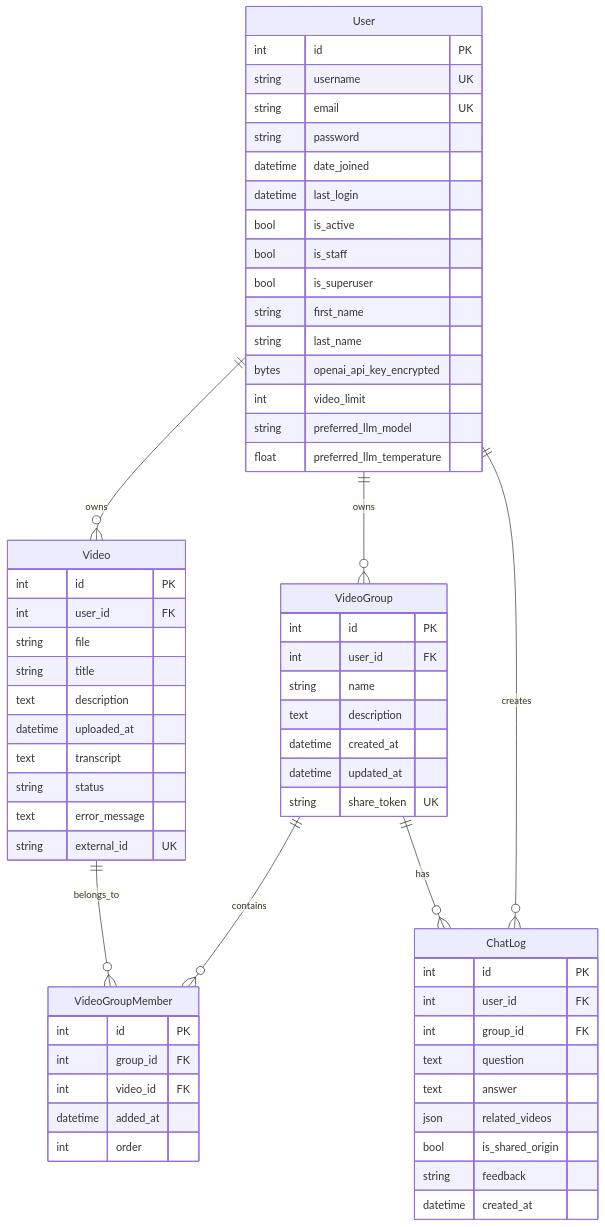
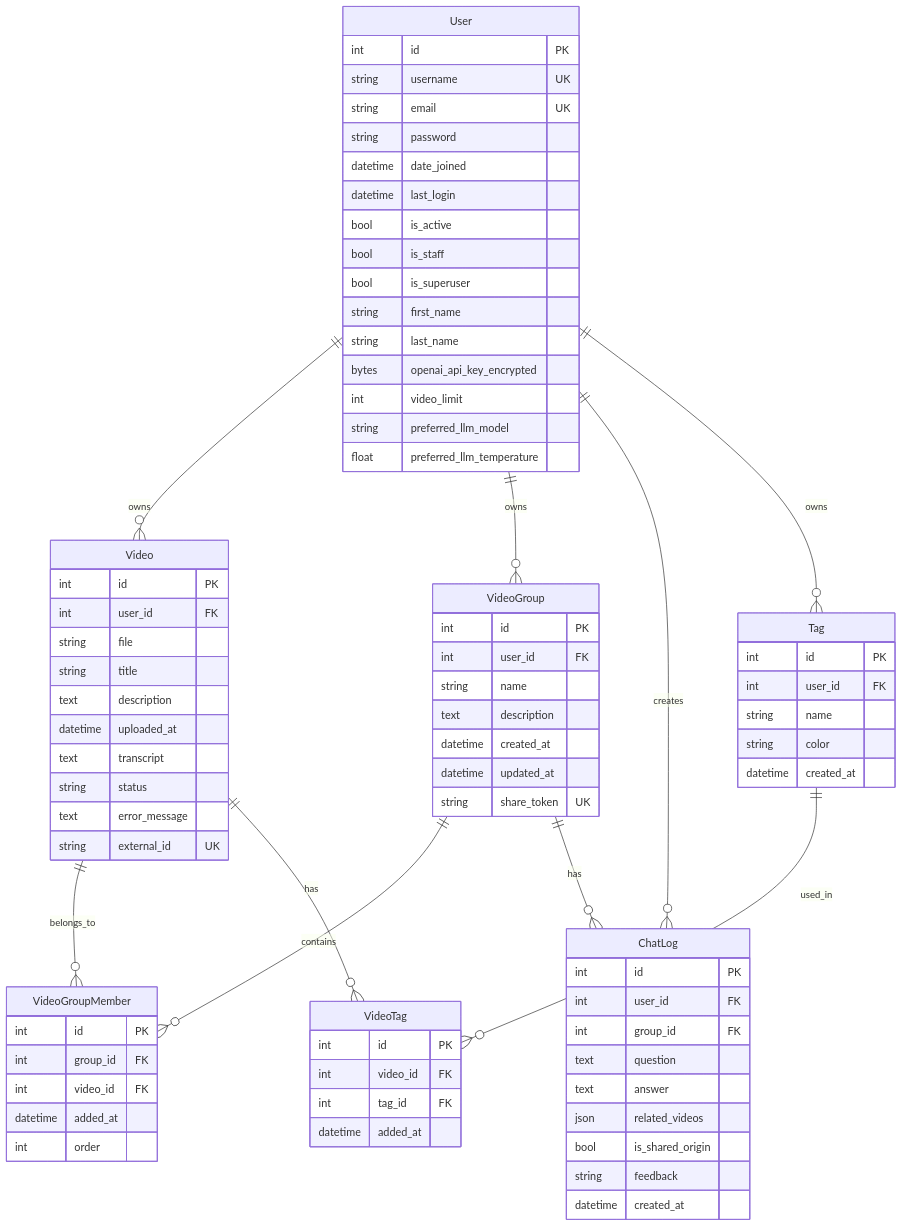
One commit to yukiharada1228/videoq changed the diagram in docs/database/er-diagram.md. Above: the diagram before and after it, drawn with Mermaid. The commit also changed other lines of this file and 2 other files, not shown here.

First line of the commit message:
docs: add Tag feature to documentation

````diff
--- a/docs/database/er-diagram.md
+++ b/docs/database/er-diagram.md
@@ -11,8 +11,11 @@
     User ||--o{ Video : owns
     User ||--o{ VideoGroup : owns
     User ||--o{ ChatLog : creates
+    User ||--o{ Tag : owns
     VideoGroup ||--o{ VideoGroupMember : contains
     Video ||--o{ VideoGroupMember : belongs_to
+    Video ||--o{ VideoTag : has
+    Tag ||--o{ VideoTag : used_in
     VideoGroup ||--o{ ChatLog : has
     
     User {
@@ -75,4 +78,19 @@
         string feedback
         datetime created_at
     }
+
+    Tag {
+        int id PK
+        int user_id FK
+        string name
+        string color
+        datetime created_at
+    }
+
+    VideoTag {
+        int id PK
+        int video_id FK
+        int tag_id FK
+        datetime added_at
+    }
 ```
````
